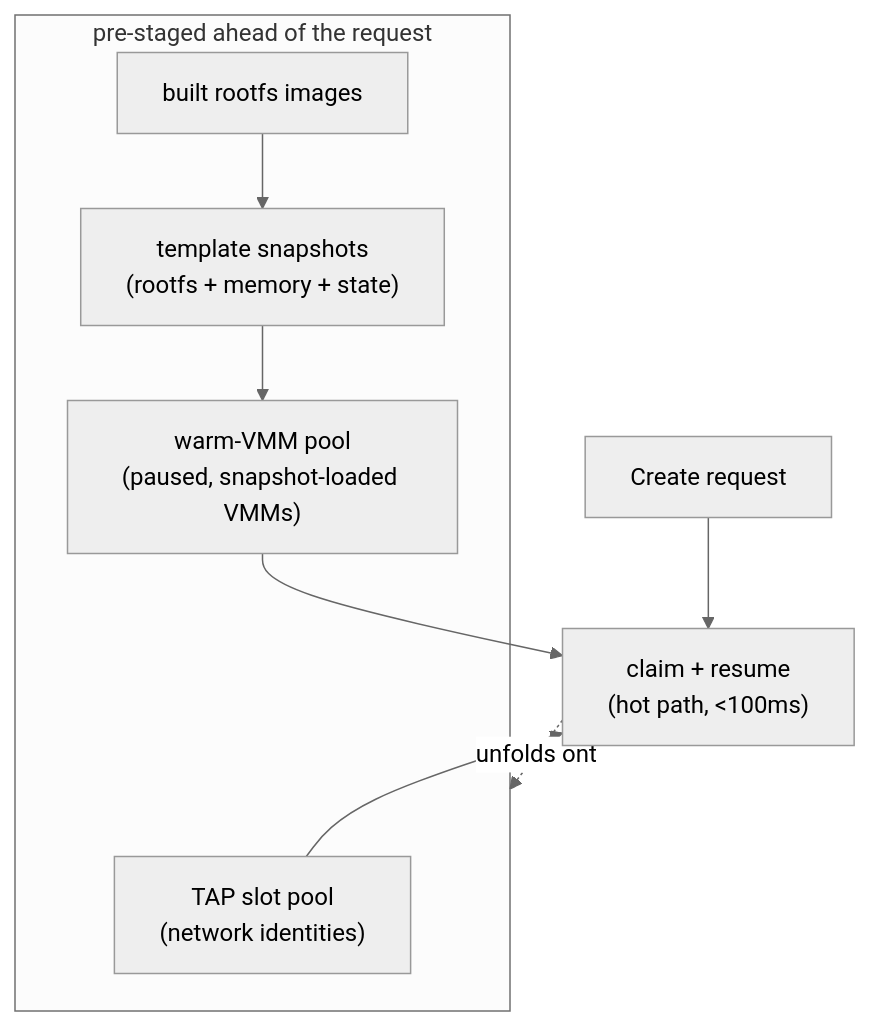
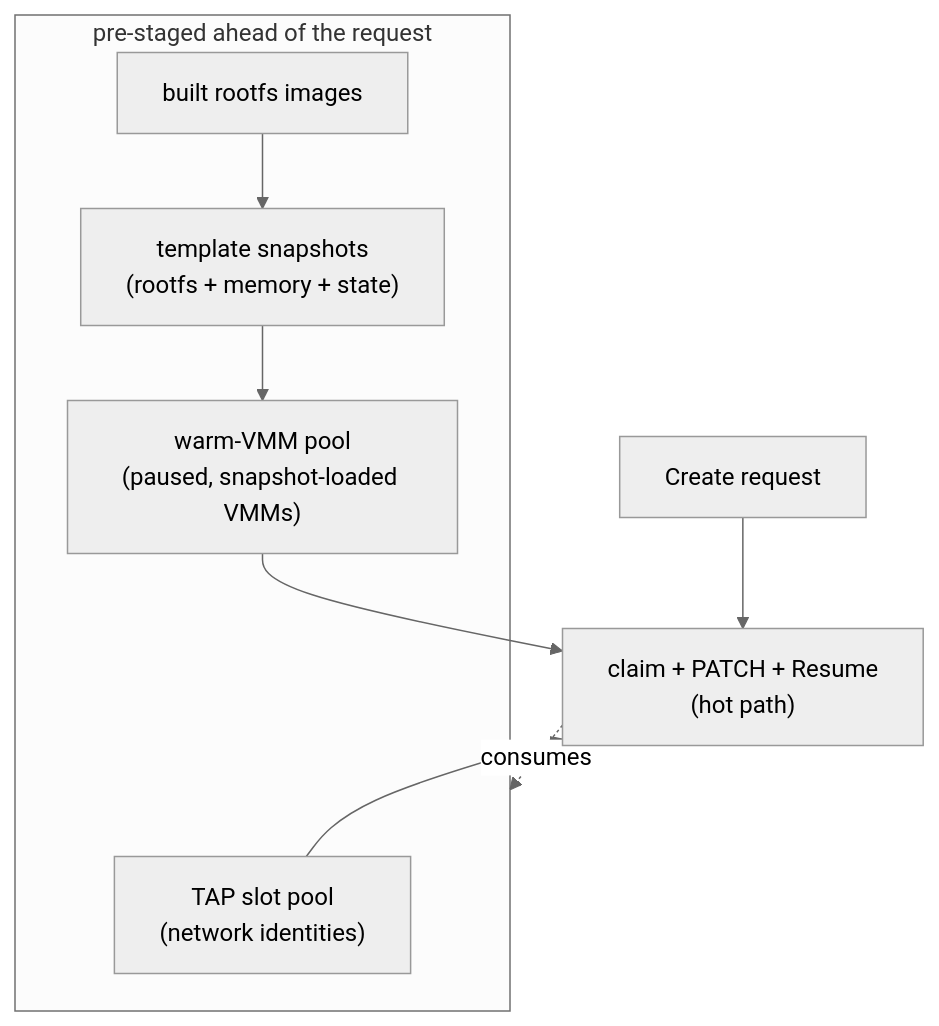
One commit to aerol-ai/microvm changed the first of 6 diagrams in docs/src/content/docs/firecracker-hydration.mdx. Above: the diagram before and after it, drawn with Mermaid (neutral theme). The commit also changed other lines of this file and 6 other files, not shown here.

````diff
--- a/docs/src/content/docs/firecracker-hydration.mdx
+++ b/docs/src/content/docs/firecracker-hydration.mdx
@@ -23,14 +20,14 @@
 ```mermaid
 graph TB
-    REQ["Create request"] --> CLAIM["claim + resume<br/>(hot path, &lt;100ms)"]
-    CLAIM -.unfolds onto.-> POOLS
+    REQ["Create request"] --> CLAIM["claim + PATCH + Resume<br/>(hot path)"]
+    CLAIM -.consumes.-> POOLS
     subgraph POOLS["pre-staged ahead of the request"]
         TAP["TAP slot pool<br/>(network identities)"]
         WARM["warm-VMM pool<br/>(paused, snapshot-loaded VMMs)"]
         SNAP["template snapshots<br/>(rootfs + memory + state)"]
         RFS["built rootfs images"]
     end
     RFS --> SNAP --> WARM
     TAP --> CLAIM
     WARM --> CLAIM
 ```
````
